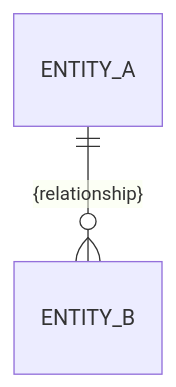
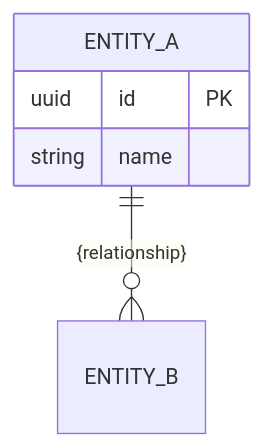
One commit to bmad-code-org/BMAD-METHOD changed the third of 3 diagrams in src/bmm-skills/3-solutioning/bmad-architecture/assets/spine-template.md. Above: the diagram before and after it, drawn with Mermaid. The commit also changed other lines of this file and 7 other files, not shown here.

````diff
--- a/src/bmm-skills/3-solutioning/bmad-architecture/assets/spine-template.md
+++ b/src/bmm-skills/3-solutioning/bmad-architecture/assets/spine-template.md
@@ -78,4 +87,8 @@
 ```mermaid
 erDiagram
   ENTITY_A ||--o{ ENTITY_B : "{relationship}"
+  ENTITY_A {
+    uuid id PK
+    string name
+  }
 ```
````
